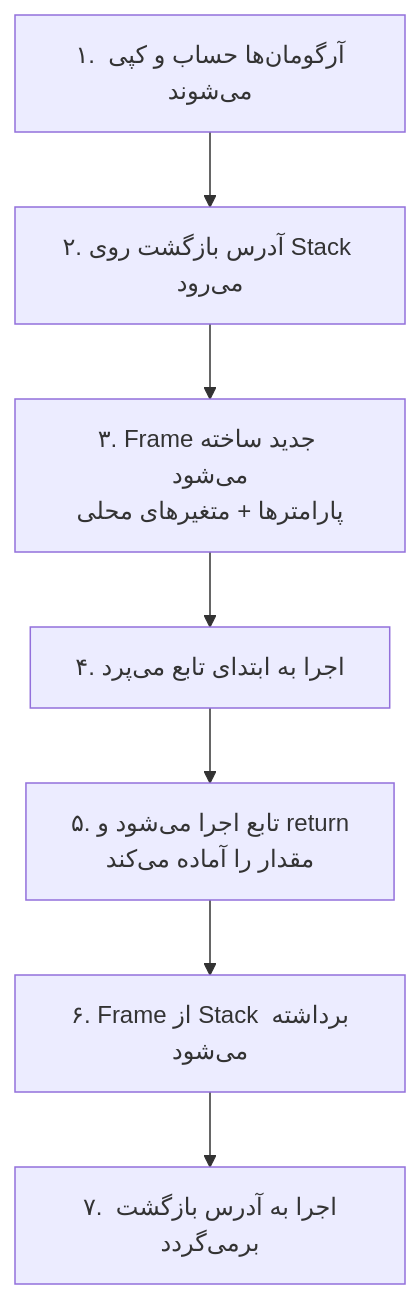
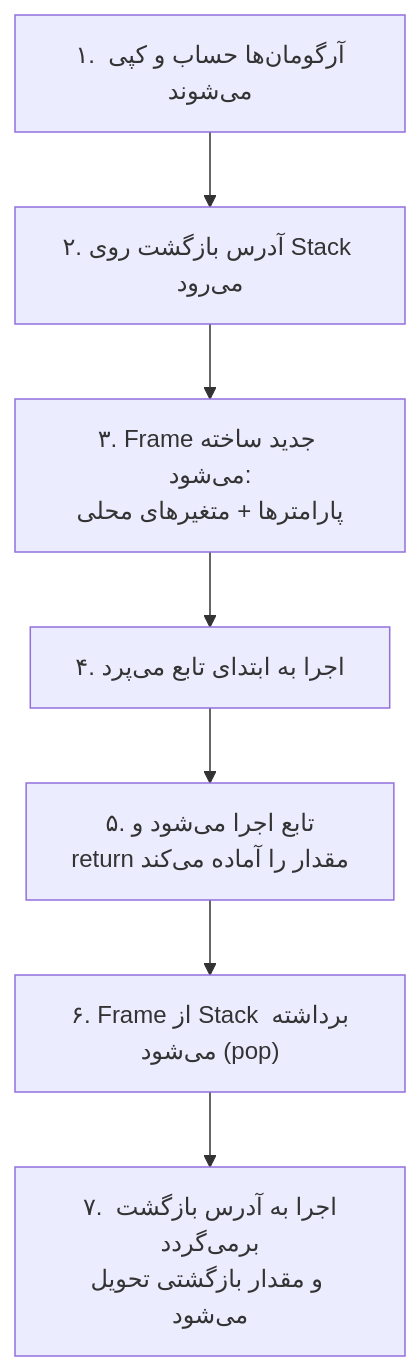
The second of 6 diagrams in book/lessons/ch04-functions-recursion/lecture.md (fum-cs/fundamentals-of-programming), drawn with Mermaid before and after one commit. The commit also changed other lines of this file and 63 other files, not shown here.

````diff
--- a/book/lessons/ch04-functions-recursion/lecture.md
+++ b/book/lessons/ch04-functions-recursion/lecture.md
@@ -274,9 +440,9 @@
 ```mermaid
 flowchart TD
     A["۱. آرگومان‌ها حساب و کپی می‌شوند"] --> B["۲. آدرس بازگشت روی Stack می‌رود"]
-    B --> C["۳. Frame جدید ساخته می‌شود<br/>پارامترها + متغیرهای محلی"]
+    B --> C["۳. Frame جدید ساخته می‌شود:<br/>پارامترها + متغیرهای محلی"]
     C --> D["۴. اجرا به ابتدای تابع می‌پرد"]
-    D --> E["۵. تابع اجرا می‌شود و return<br/>مقدار را آماده می‌کند"]
-    E --> F["۶. Frame از Stack برداشته می‌شود"]
-    F --> G["۷. اجرا به آدرس بازگشت برمی‌گردد"]
+    D --> E["۵. تابع اجرا می‌شود و<br/>return مقدار را آماده می‌کند"]
+    E --> F["۶. Frame از Stack برداشته می‌شود (pop)"]
+    F --> G["۷. اجرا به آدرس بازگشت برمی‌گردد<br/>و مقدار بازگشتی تحویل می‌شود"]
 ```
````
